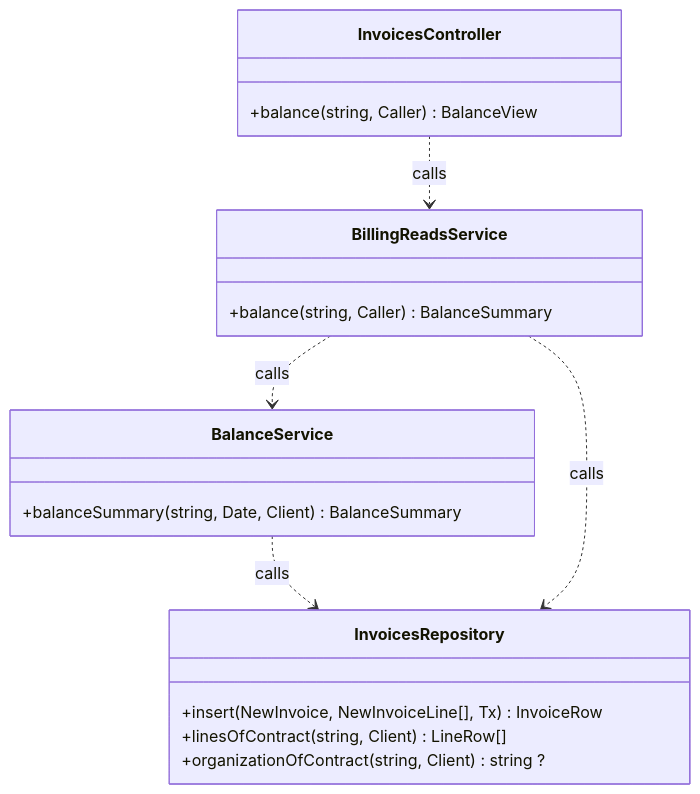
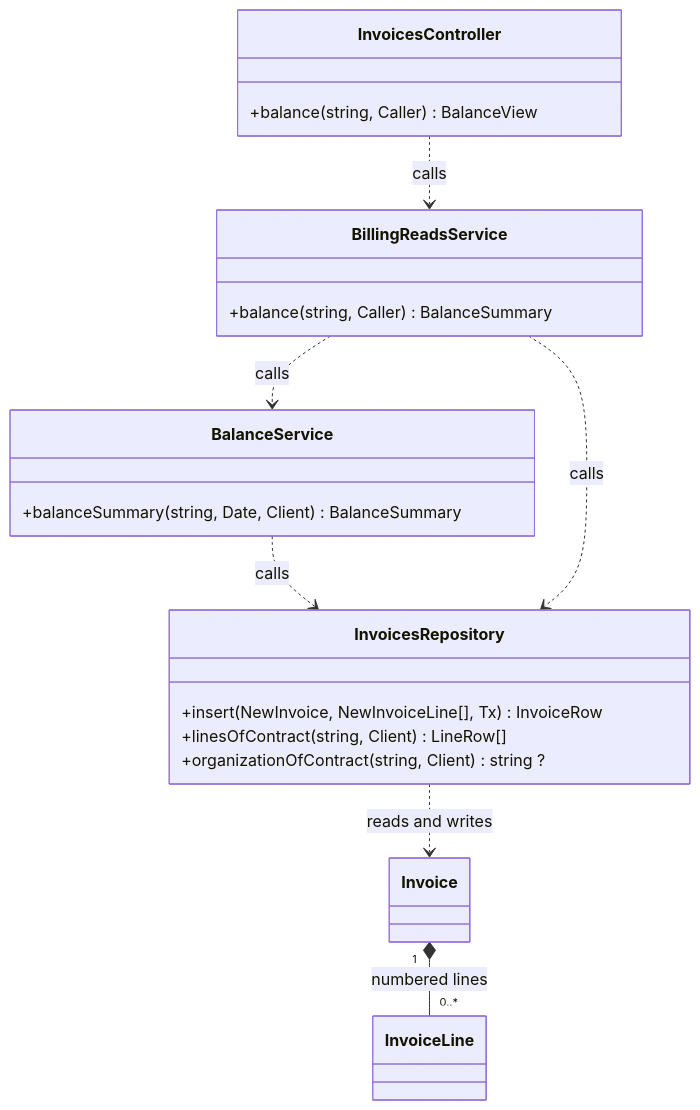
The seventh of 18 diagrams in specs/billing/design.md (TrekLink-Team/treklink-web), drawn with Mermaid before and after one commit. The commit also changed other lines of this file and 7 other files, not shown here.

First line of the commit message:
docs: add code-backed UML class relations and split views

````diff
--- a/specs/billing/design.md
+++ b/specs/billing/design.md
@@ -354,22 +388,29 @@
 ```mermaid
 classDiagram
     direction TB
     class InvoicesController {
         +balance(string, Caller) BalanceView
     }
     class BillingReadsService {
         +balance(string, Caller) BalanceSummary
     }
     class BalanceService {
         +balanceSummary(string, Date, Client) BalanceSummary
     }
     class InvoicesRepository {
         +insert(NewInvoice, NewInvoiceLine[], Tx) InvoiceRow
         +linesOfContract(string, Client) LineRow[]
         +organizationOfContract(string, Client) string ?
     }
     BalanceService ..> InvoicesRepository : calls
     BillingReadsService ..> BalanceService : calls
     BillingReadsService ..> InvoicesRepository : calls
     InvoicesController ..> BillingReadsService : calls
+
+    class Invoice
+    class InvoiceLine
+    %% backend/prisma/schema.prisma:1500-1527; exclusive invoice-scoped seq; backend/src/modules/billing/invoices.repository.ts:129-145,175-187; created under one invoice and never reparented. Restrict, not Cascade.
+    Invoice "1" *-- "0..*" InvoiceLine : numbered lines
+    %% backend/src/modules/billing/invoices.repository.ts:123-145; owns invoice persistence.
+    InvoicesRepository ..> Invoice : reads and writes
 ```
````
